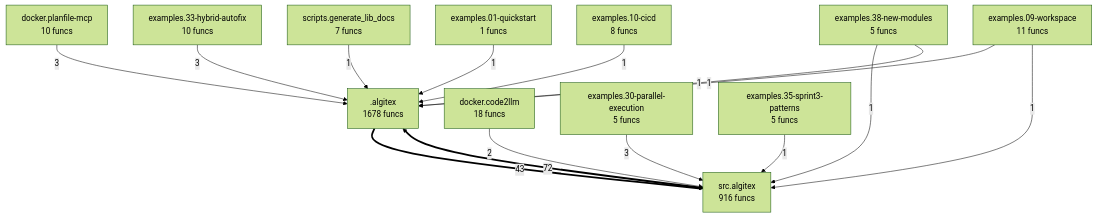
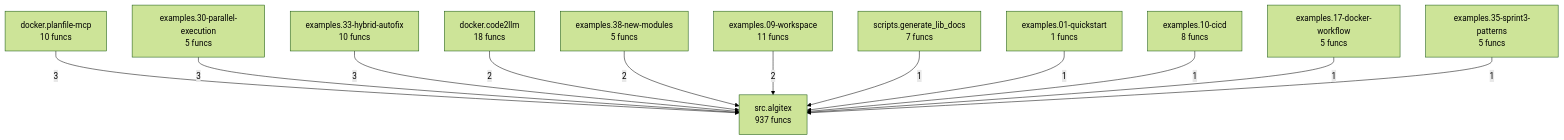
Before and after one commit to semcod/algitex: the diagram in project/compact_flow.mmd, drawn with Mermaid (forest theme). The commit also changed 21 other files, not shown here.

```diff
--- a/project/compact_flow.mmd
+++ b/project/compact_flow.mmd
@@ -1,27 +1,24 @@
 flowchart TD
-    M___algitex[".algitex<br/>1678 funcs"]
     docker__code2llm["docker.code2llm<br/>18 funcs"]
     docker__planfile_mcp["docker.planfile-mcp<br/>10 funcs"]
     examples__01_quickstart["examples.01-quickstart<br/>1 funcs"]
     examples__09_workspace["examples.09-workspace<br/>11 funcs"]
     examples__10_cicd["examples.10-cicd<br/>8 funcs"]
+    examples__17_docker_workflow["examples.17-docker-workflow<br/>5 funcs"]
     examples__30_parallel_execution["examples.30-parallel-execution<br/>5 funcs"]
     examples__33_hybrid_autofix["examples.33-hybrid-autofix<br/>10 funcs"]
     examples__35_sprint3_patterns["examples.35-sprint3-patterns<br/>5 funcs"]
     examples__38_new_modules["examples.38-new-modules<br/>5 funcs"]
     scripts__generate_lib_docs["scripts.generate_lib_docs<br/>7 funcs"]
-    src__algitex["src.algitex<br/>916 funcs"]
-    src__algitex ==>|72| M___algitex
-    M___algitex ==>|43| src__algitex
-    docker__planfile_mcp -->|3| M___algitex
+    src__algitex["src.algitex<br/>937 funcs"]
+    docker__planfile_mcp -->|3| src__algitex
     examples__30_parallel_execution -->|3| src__algitex
-    examples__33_hybrid_autofix -->|3| M___algitex
+    examples__33_hybrid_autofix -->|3| src__algitex
     docker__code2llm -->|2| src__algitex
-    scripts__generate_lib_docs -->|1| M___algitex
-    examples__01_quickstart -->|1| M___algitex
-    examples__10_cicd -->|1| M___algitex
-    examples__38_new_modules -->|1| src__algitex
-    examples__38_new_modules -->|1| M___algitex
+    examples__38_new_modules -->|2| src__algitex
+    examples__09_workspace -->|2| src__algitex
+    scripts__generate_lib_docs -->|1| src__algitex
+    examples__01_quickstart -->|1| src__algitex
+    examples__10_cicd -->|1| src__algitex
+    examples__17_docker_workflow -->|1| src__algitex
     examples__35_sprint3_patterns -->|1| src__algitex
-    examples__09_workspace -->|1| M___algitex
-    examples__09_workspace -->|1| src__algitex
```
